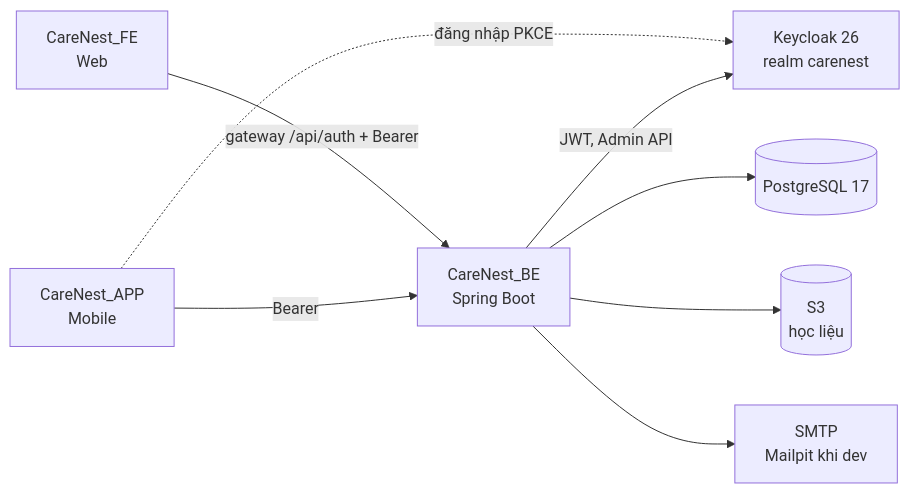
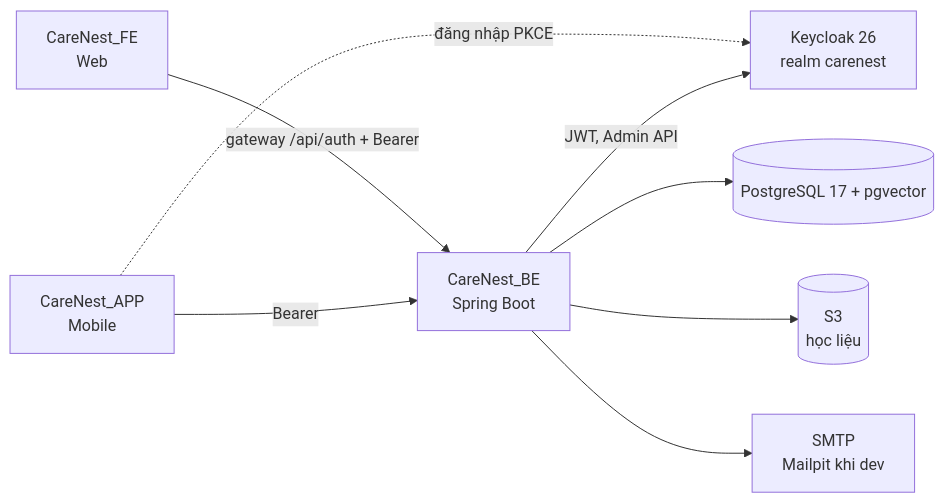
Before and after one commit to thang-04/CareNest_BE: the diagram in README.md, drawn with Mermaid. The commit also changed other lines of this file and 53 other files, not shown here.

````diff
--- a/README.md
+++ b/README.md
@@ -72,10 +72,10 @@
 ```mermaid
 flowchart LR
     W["CareNest_FE<br/>Web"] -->|"gateway /api/auth + Bearer"| API["CareNest_BE<br/>Spring Boot"]
     M["CareNest_APP<br/>Mobile"] -->|"Bearer"| API
     M -.->|"đăng nhập PKCE"| KC["Keycloak 26<br/>realm carenest"]
     API -->|"JWT, Admin API"| KC
-    API --> DB[("PostgreSQL 17")]
+    API --> DB[("PostgreSQL 17 + pgvector")]
     API --> S3[("S3<br/>học liệu")]
     API --> SMTP["SMTP<br/>Mailpit khi dev"]
 ```
````
